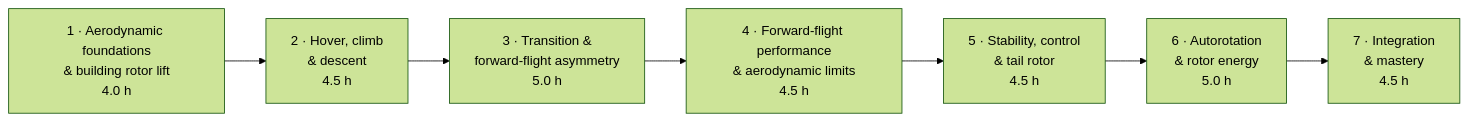
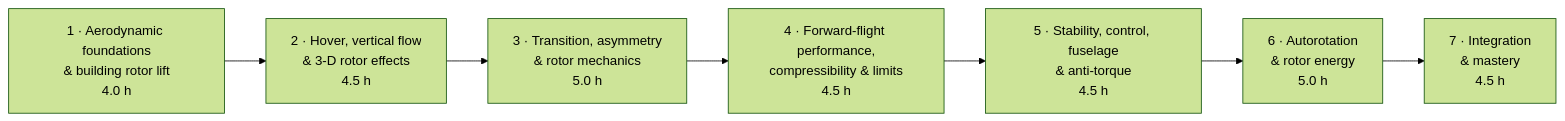
Before and after one commit to ZanneRay/ATPL-H-Learning-Ecosystem: the first of 4 diagrams in docs/curriculum/32-HOUR-CURRICULUM-MAP.md, drawn with Mermaid (forest theme). The commit also changed other lines of this file, not shown here.

````diff
--- a/docs/curriculum/32-HOUR-CURRICULUM-MAP.md
+++ b/docs/curriculum/32-HOUR-CURRICULUM-MAP.md
@@ -9,12 +9,12 @@
 ```mermaid
 flowchart LR
     M1[1 · Aerodynamic foundations\n& building rotor lift\n4.0 h]
-    M2[2 · Hover, climb\n& descent\n4.5 h]
-    M3[3 · Transition &\nforward-flight asymmetry\n5.0 h]
-    M4[4 · Forward-flight performance\n& aerodynamic limits\n4.5 h]
-    M5[5 · Stability, control\n& tail rotor\n4.5 h]
+    M2[2 · Hover, vertical flow\n& 3-D rotor effects\n4.5 h]
+    M3[3 · Transition, asymmetry\n& rotor mechanics\n5.0 h]
+    M4[4 · Forward-flight performance,\ncompressibility & limits\n4.5 h]
+    M5[5 · Stability, control, fuselage\n& anti-torque\n4.5 h]
     M6[6 · Autorotation\n& rotor energy\n5.0 h]
     M7[7 · Integration\n& mastery\n4.5 h]
 
     M1 --> M2 --> M3 --> M4 --> M5 --> M6 --> M7
 ```
````
